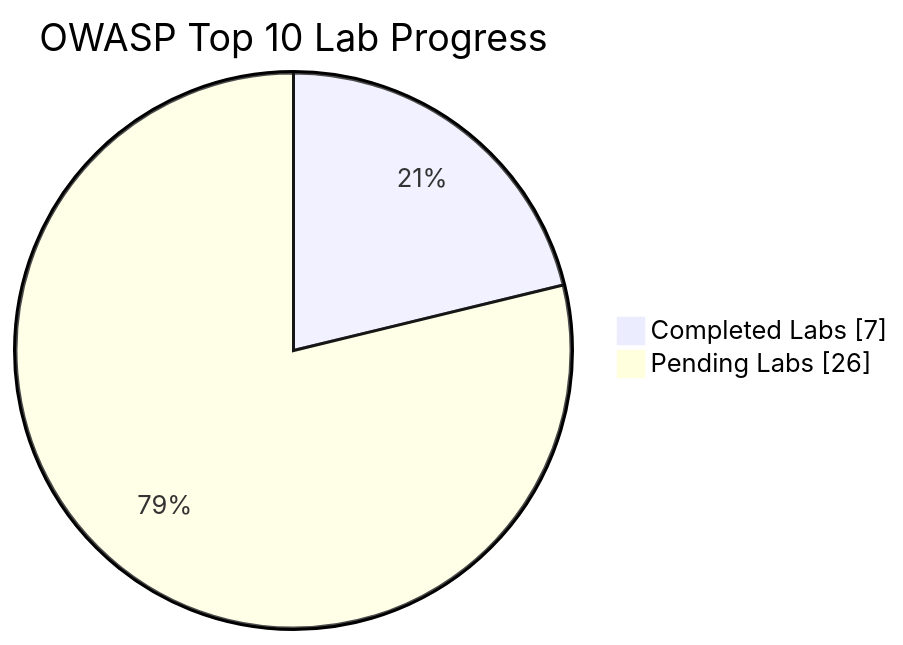
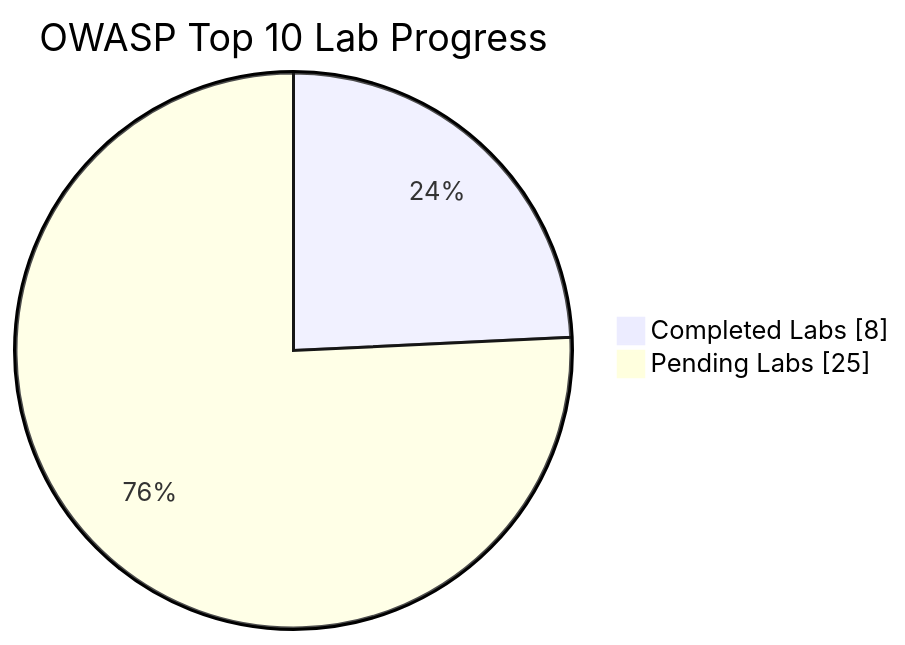
Before and after one commit to Nish344/owasp-top10-web-security: the diagram in README.md, drawn with Mermaid. The commit also changed other lines of this file and 1 other file, not shown here.

````diff
--- a/README.md
+++ b/README.md
@@ -12,6 +12,6 @@
 ```mermaid
 pie showData
   title OWASP Top 10 Lab Progress
-  "Completed Labs" : 7
-  "Pending Labs" : 26
+  "Completed Labs" : 8
+  "Pending Labs" : 25
 ```
````
